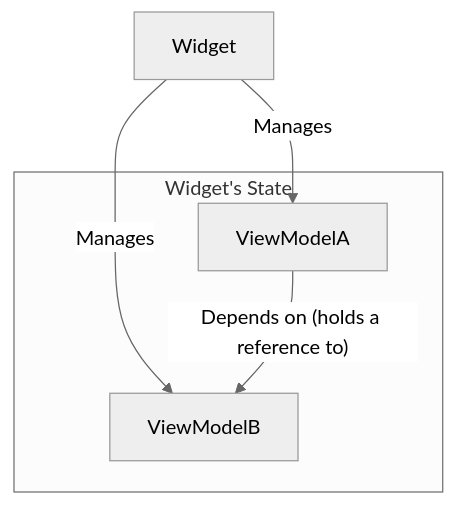
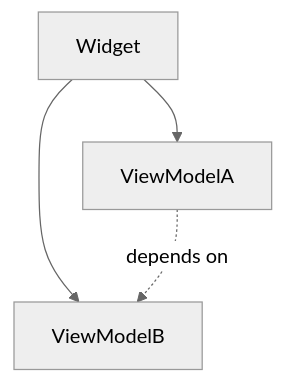
One commit to lwj1994/flutter_view_model changed the second of 2 diagrams in packages/view_model/README.md. Above: the diagram before and after it, drawn with Mermaid (neutral theme). The commit also changed other lines of this file and 2 other files, not shown here.

````diff
--- a/packages/view_model/README.md
+++ b/packages/view_model/README.md
@@ -995,12 +579,6 @@
 ```mermaid
 graph TD
-    Widget
-    subgraph "Widget's State"
-        ViewModelA
-        ViewModelB
-    end
-
-    Widget -- Manages --> ViewModelA
-    Widget -- Manages --> ViewModelB
-    ViewModelA -- "Depends on (holds a reference to)" --> ViewModelB
+    Widget --> ViewModelA
+    Widget --> ViewModelB
+    ViewModelA -.depends on.-> ViewModelB
 ```
````
